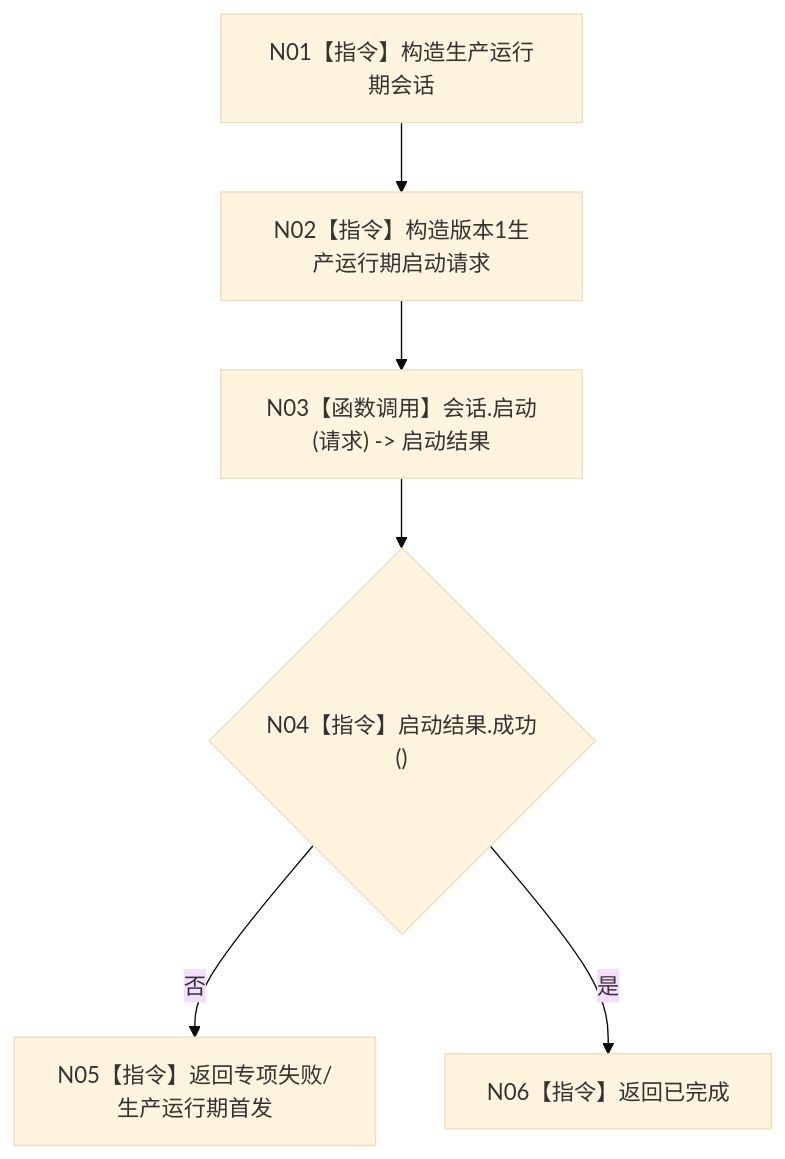
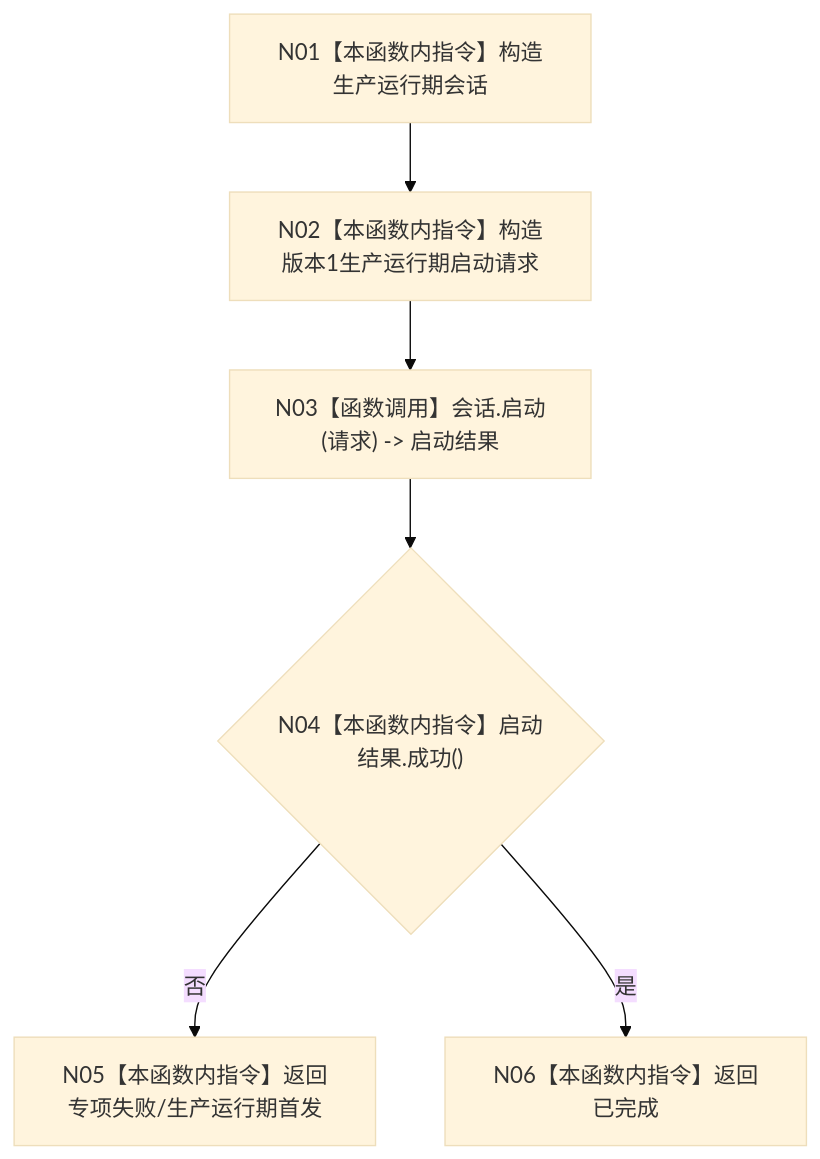
The diagram in 流程图/20260726_ENTRY-ONLY_F05_运行生产运行期模式_施工流程图_v0.1.md (chunhaizh-cyber/HY-Ego), drawn with Mermaid (base theme) before and after one commit. The commit also changed other lines of this file and 88 other files, not shown here.

````diff
--- a/流程图/20260726_ENTRY-ONLY_F05_运行生产运行期模式_施工流程图_v0.1.md
+++ b/流程图/20260726_ENTRY-ONLY_F05_运行生产运行期模式_施工流程图_v0.1.md
@@ -8,8 +28,8 @@
 ```mermaid
 flowchart TD
-    N01["N01【指令】构造生产运行期会话"] --> N02["N02【指令】构造版本1生产运行期启动请求"]
+    N01["N01【本函数内指令】构造生产运行期会话"] --> N02["N02【本函数内指令】构造版本1生产运行期启动请求"]
     N02 --> N03["N03【函数调用】会话.启动(请求) -> 启动结果"]
-    N03 --> N04{"N04【指令】启动结果.成功()"}
-    N04 -- "否" --> N05["N05【指令】返回专项失败/生产运行期首发"]
-    N04 -- "是" --> N06["N06【指令】返回已完成"]
+    N03 --> N04{"N04【本函数内指令】启动结果.成功()"}
+    N04 -- "否" --> N05["N05【本函数内指令】返回专项失败/生产运行期首发"]
+    N04 -- "是" --> N06["N06【本函数内指令】返回已完成"]
 ```
````
